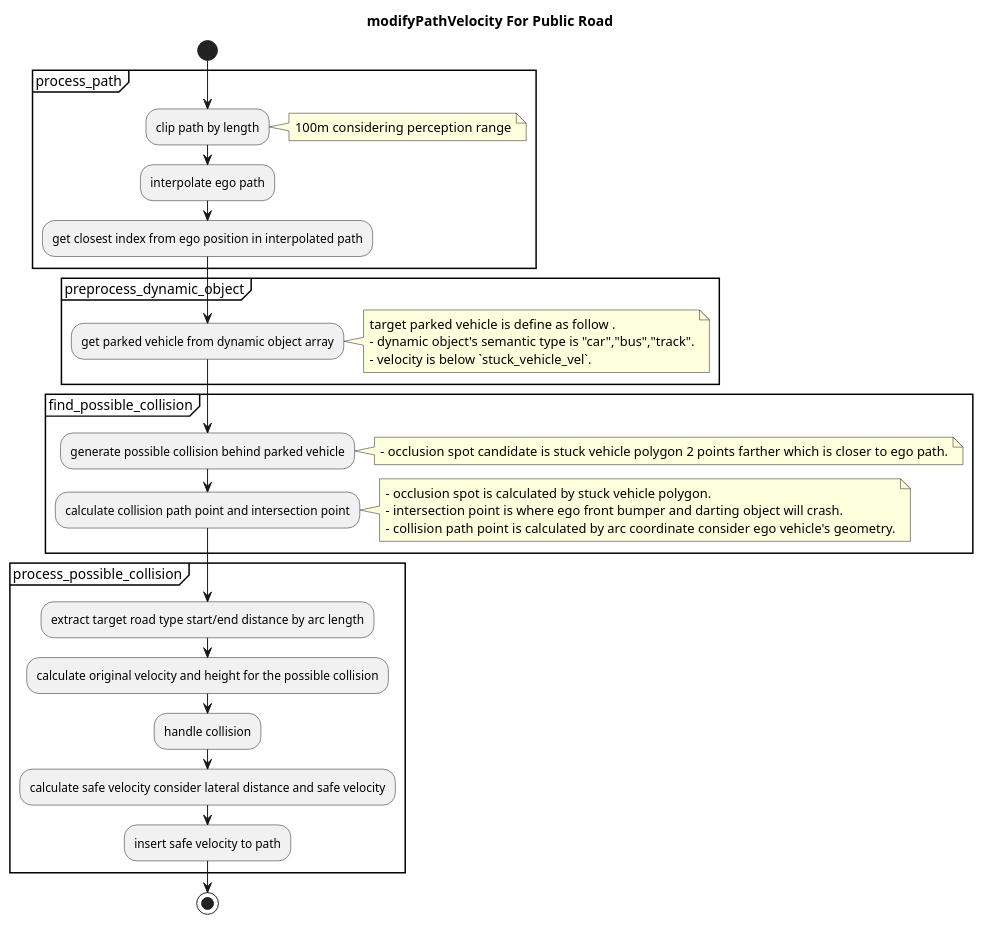
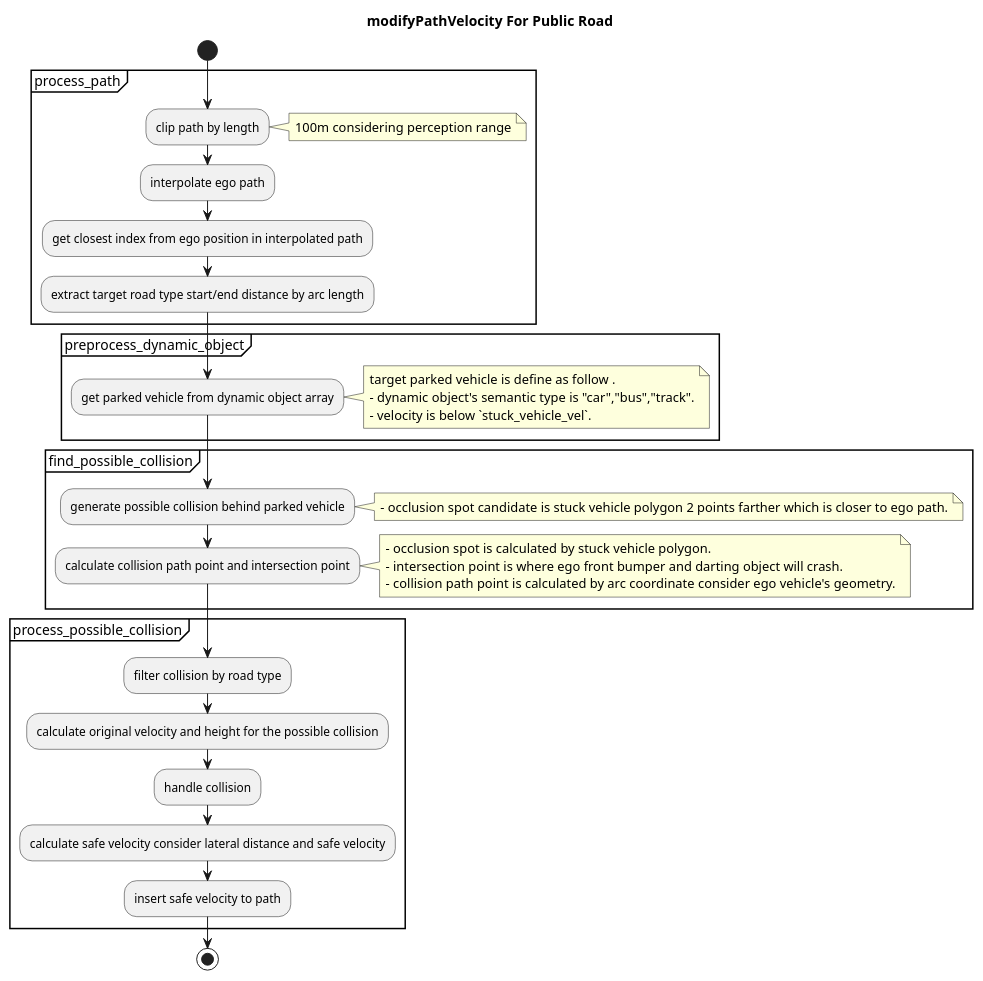
Before and after one commit to autowarefoundation/autoware.universe: the second of 3 diagrams in planning/behavior_velocity_planner/occlusion-spot-design.md, drawn with PlantUML. The commit also changed other lines of this file and 4 other files, not shown here.

Commit message:
feat(behavior_velocity): early return at no target road type

````diff
--- a/planning/behavior_velocity_planner/occlusion-spot-design.md
+++ b/planning/behavior_velocity_planner/occlusion-spot-design.md
@@ -152,43 +156,44 @@
 ```plantuml
 @startuml
 title modifyPathVelocity For Public Road
 start
 
 partition process_path {
 :clip path by length;
 note right
   100m considering perception range
 end note
 :interpolate ego path;
 :get closest index from ego position in interpolated path;
+:extract target road type start/end distance by arc length;
 }
 partition preprocess_dynamic_object {
 :get parked vehicle from dynamic object array;
 note right
   target parked vehicle is define as follow .
   - dynamic object's semantic type is "car","bus","track".
   - velocity is below `stuck_vehicle_vel`.
 end note
 }
 partition find_possible_collision {
 :generate possible collision behind parked vehicle;
 note right
   - occlusion spot candidate is stuck vehicle polygon 2 points farther which is closer to ego path.
 end note
 :calculate collision path point and intersection point;
 note right
   - occlusion spot is calculated by stuck vehicle polygon.
   - intersection point is where ego front bumper and darting object will crash.
   - collision path point is calculated by arc coordinate consider ego vehicle's geometry.
 end note
 }
 partition process_possible_collision {
-:extract target road type start/end distance by arc length;
+:filter collision by road type;
 :calculate original velocity and height for the possible collision;
 :handle collision;
 :calculate safe velocity consider lateral distance and safe velocity;
 :insert safe velocity to path;
 }
 stop
 @enduml
 ```
````
